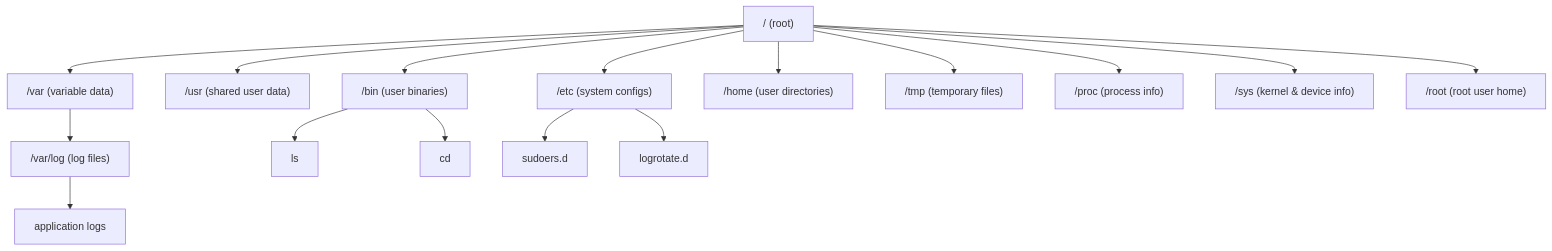
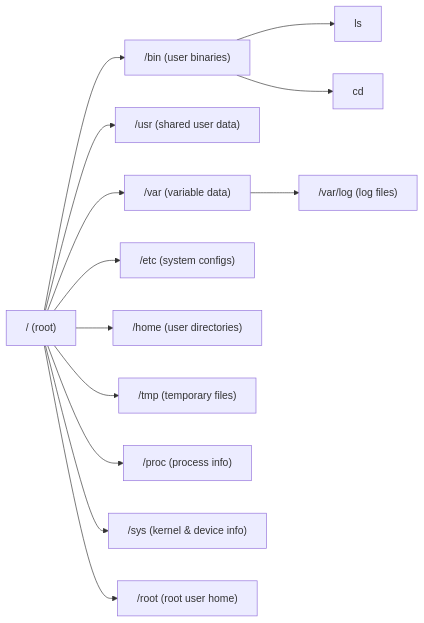
The diagram in labs/1.1-file-navigation.md (blanco-pipelines/plat-eng), drawn with Mermaid before and after one commit.

Commit message:
Update file navigation diagram direction and nodes
Changed the direction of the graph from TD to LR and removed some nodes.

````diff
--- a/labs/1.1-file-navigation.md
+++ b/labs/1.1-file-navigation.md
@@ -135,28 +135,25 @@
    ```mermaid
-   graph TD
+   graph LR
        ROOT["/ (root)"]
        ROOT --> BIN["/bin (user binaries)"]
        ROOT --> USR["/usr (shared user data)"]
        ROOT --> VAR["/var (variable data)"]
        ROOT --> ETC["/etc (system configs)"]
        ROOT --> HOME["/home (user directories)"]
        ROOT --> TMP["/tmp (temporary files)"]
        ROOT --> PROC["/proc (process info)"]
        ROOT --> SYS["/sys (kernel & device info)"]
        ROOT --> ROOTUSR["/root (root user home)"]
    
        VAR --> LOG["/var/log (log files)"]
-       LOG --> APPLOGS["application logs"]
    
        BIN --> LS["ls"]
        BIN --> CD["cd"]
    
-       ETC --> SUDO["sudoers.d"]
-       ETC --> LOGROTATE["logrotate.d"]
 
    
 
        
 
 
    ```
````
